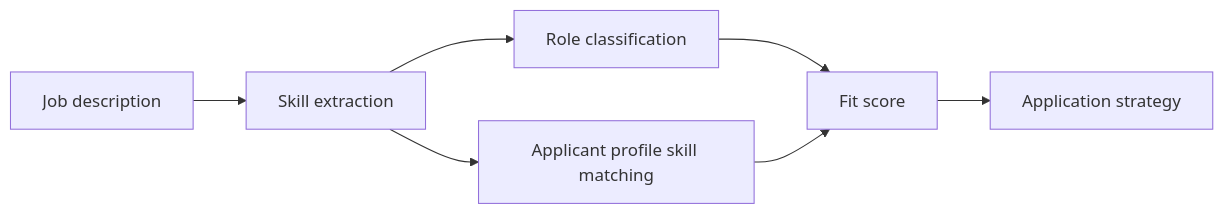
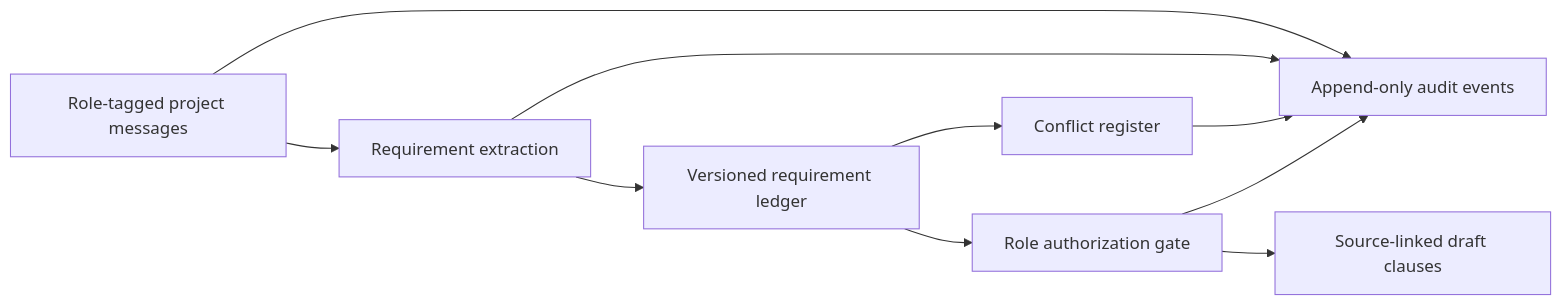
One commit to josiahsutd-stack/ai-portfolio changed the fourth of 8 diagrams in docs/architecture-diagrams.md. Above: the diagram before and after it, drawn with Mermaid. The commit also changed other lines of this file and 42 other files, not shown here.

````diff
--- a/docs/architecture-diagrams.md
+++ b/docs/architecture-diagrams.md
@@ -41,9 +41,12 @@
 ```mermaid
 flowchart LR
-  A["Job description"] --> B["Skill extraction"]
-  B --> C["Role classification"]
-  B --> D["Applicant profile skill matching"]
-  C --> E["Fit score"]
-  D --> E
-  E --> F["Application strategy"]
+  A["Role-tagged project messages"] --> B["Requirement extraction"]
+  B --> C["Versioned requirement ledger"]
+  C --> D["Conflict register"]
+  C --> E["Role authorization gate"]
+  E --> F["Source-linked draft clauses"]
+  A --> G["Append-only audit events"]
+  B --> G
+  D --> G
+  E --> G
 ```
````
